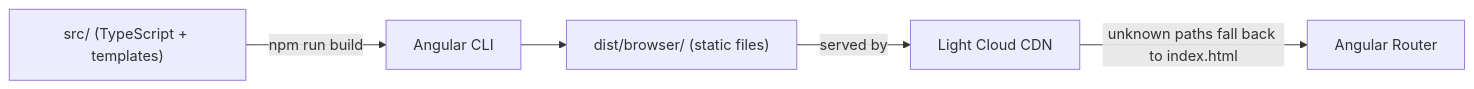
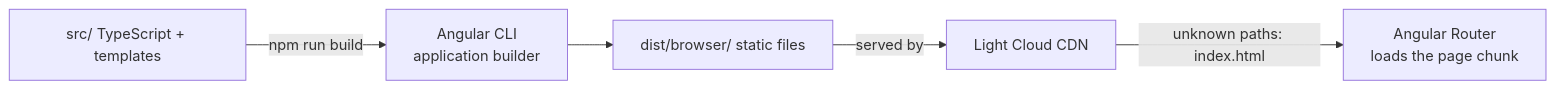
One commit to light-cloud-com/templates changed the diagram in starters/starter-angular/README.md. Above: the diagram before and after it, drawn with Mermaid. The commit also changed other lines of this file and 2 other files, not shown here.

First line of the commit message:
README: Angular 21 starter landing page

````diff
--- a/starters/starter-angular/README.md
+++ b/starters/starter-angular/README.md
@@ -27,7 +105,7 @@
 ```mermaid
 flowchart LR
-    src["src/ (TypeScript + templates)"] -->|npm run build| cli["Angular CLI"]
-    cli --> dist["dist/browser/ (static files)"]
-    dist -->|served by| lc["Light Cloud CDN"]
-    lc -->|unknown paths fall back to index.html| router["Angular Router"]
+    src["src/ TypeScript + templates"] -->|npm run build| cli["Angular CLI<br/>application builder"]
+    cli --> dist["dist/browser/ static files"]
+    dist -->|served by| cdn["Light Cloud CDN"]
+    cdn -->|"unknown paths: index.html"| router["Angular Router<br/>loads the page chunk"]
 ```
````
